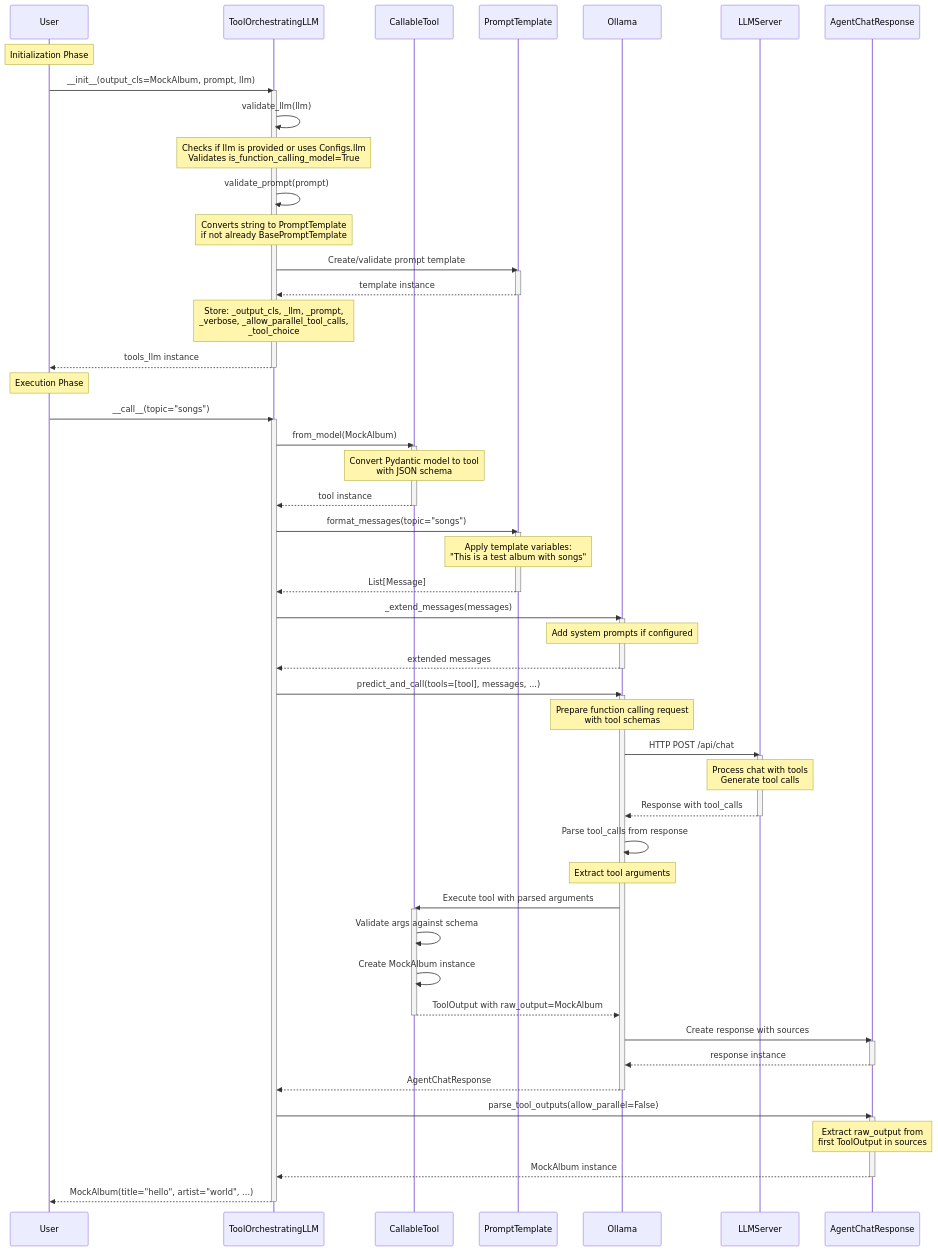
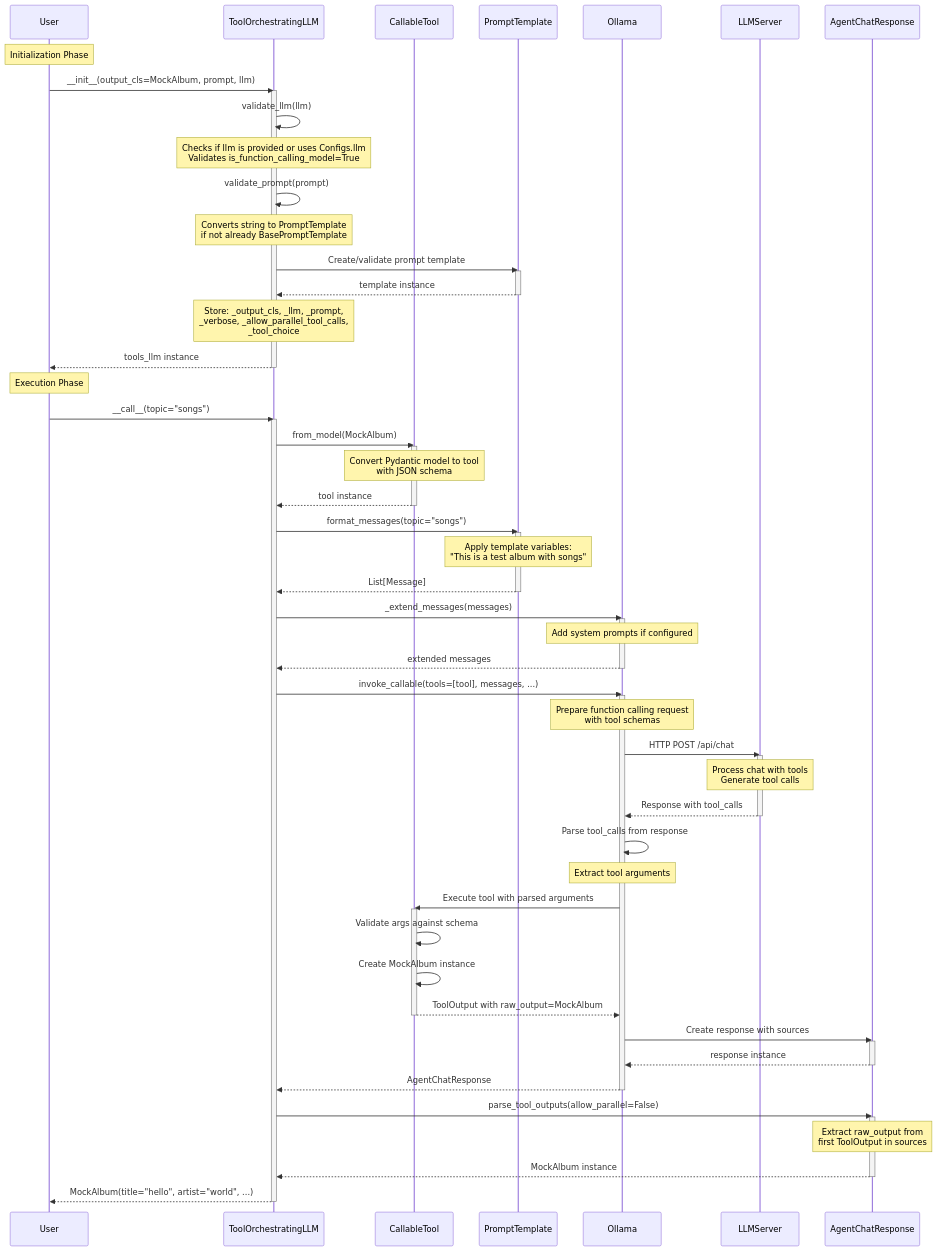
One commit to Serapieum-of-alex/serapeum changed the first of 2 diagrams in docs/reference/core/llms/orchestrators/tool_orchestrating_llm/tool_orchestrating_llm_sequence.md. Above: the diagram before and after it, drawn with Mermaid. The commit also changed other lines of this file and 55 other files, not shown here.

```diff
--- a/docs/reference/core/llms/orchestrators/tool_orchestrating_llm/tool_orchestrating_llm_sequence.md
+++ b/docs/reference/core/llms/orchestrators/tool_orchestrating_llm/tool_orchestrating_llm_sequence.md
@@ -54,7 +54,7 @@
     Ollama-->>ToolOrchestratingLLM: extended messages
     deactivate Ollama
 
-    ToolOrchestratingLLM->>Ollama: predict_and_call(tools=[tool], messages, ...)
+    ToolOrchestratingLLM->>Ollama: invoke_callable(tools=[tool], messages, ...)
     activate Ollama
     Note over Ollama: Prepare function calling request<br/>with tool schemas
 
```
